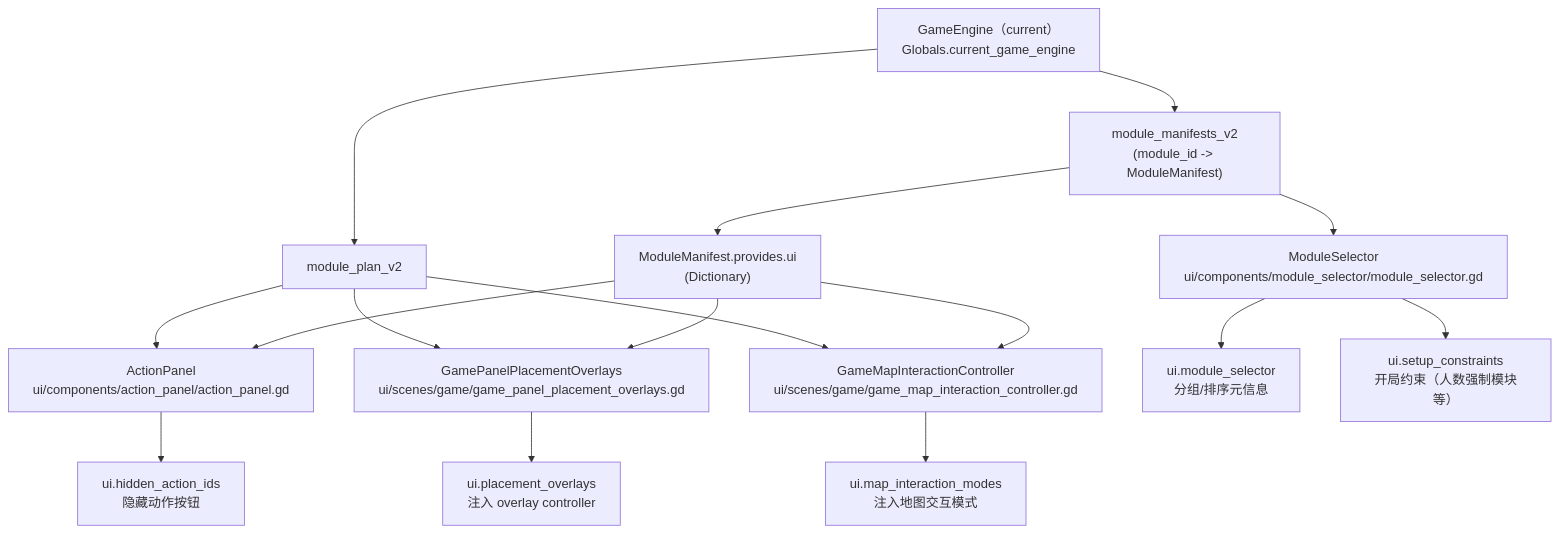
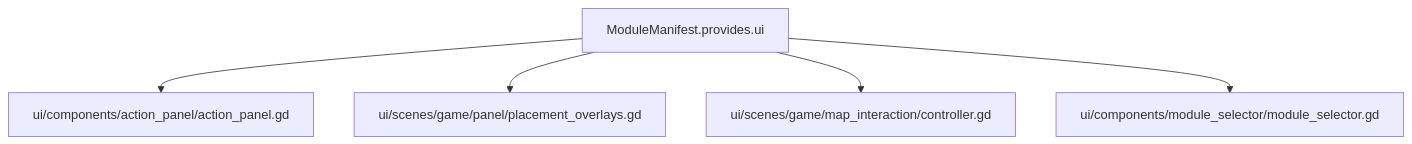
Before and after one commit to ygowill/food_chain_magnate: the second of 2 diagrams in docs/architecture/62-module-development-guide.md, drawn with Mermaid. The commit also changed other lines of this file and 82 other files, not shown here.

Commit message:
docs: reorganize documentation structure and refresh architecture docs

````diff
--- a/docs/architecture/62-module-development-guide.md
+++ b/docs/architecture/62-module-development-guide.md
@@ -51,22 +39,13 @@
 ```mermaid
 flowchart TB
-  Engine["GameEngine（current）<br/>Globals.current_game_engine"] --> Plan["module_plan_v2"]
-  Engine --> Manifests["module_manifests_v2<br/>(module_id -> ModuleManifest)"]
-  Manifests --> ProvidesUI["ModuleManifest.provides.ui<br/>(Dictionary)"]
+  Manifest["ModuleManifest.provides.ui"]
+  ActionPanel["ui/components/action_panel/action_panel.gd"]
+  Placement["ui/scenes/game/panel/placement_overlays.gd"]
+  MapMode["ui/scenes/game/map_interaction/controller.gd"]
+  Selector["ui/components/module_selector/module_selector.gd"]
 
-  Plan --> AP["ActionPanel<br/>ui/components/action_panel/action_panel.gd"]
-  ProvidesUI --> AP
-  AP --> KeyHidden["ui.hidden_action_ids<br/>隐藏动作按钮"]
-
-  Plan --> PO["GamePanelPlacementOverlays<br/>ui/scenes/game/game_panel_placement_overlays.gd"]
-  ProvidesUI --> PO
-  PO --> KeyOverlays["ui.placement_overlays<br/>注入 overlay controller"]
-
-  Plan --> MIC["GameMapInteractionController<br/>ui/scenes/game/game_map_interaction_controller.gd"]
-  ProvidesUI --> MIC
-  MIC --> KeyModes["ui.map_interaction_modes<br/>注入地图交互模式"]
-
-  Manifests --> MS["ModuleSelector<br/>ui/components/module_selector/module_selector.gd"]
-  MS --> KeyMeta["ui.module_selector<br/>分组/排序元信息"]
-  MS --> KeySetup["ui.setup_constraints<br/>开局约束（人数强制模块等）"]
+  Manifest --> ActionPanel
+  Manifest --> Placement
+  Manifest --> MapMode
+  Manifest --> Selector
 ```
````
